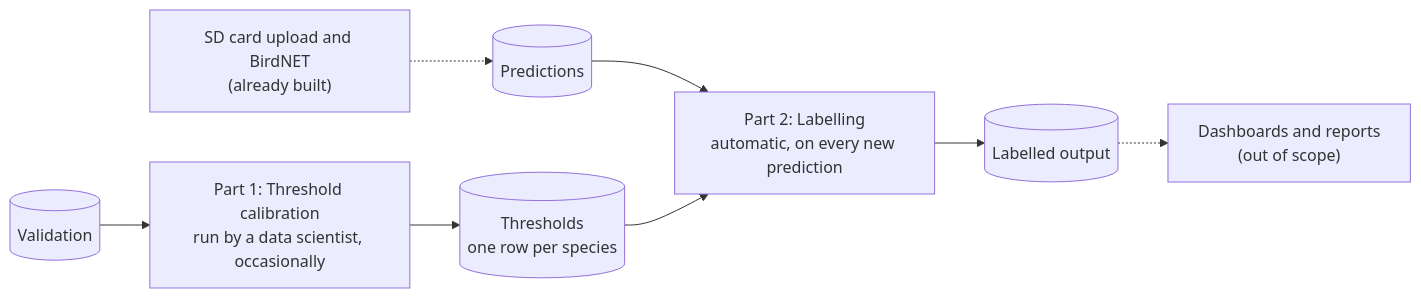
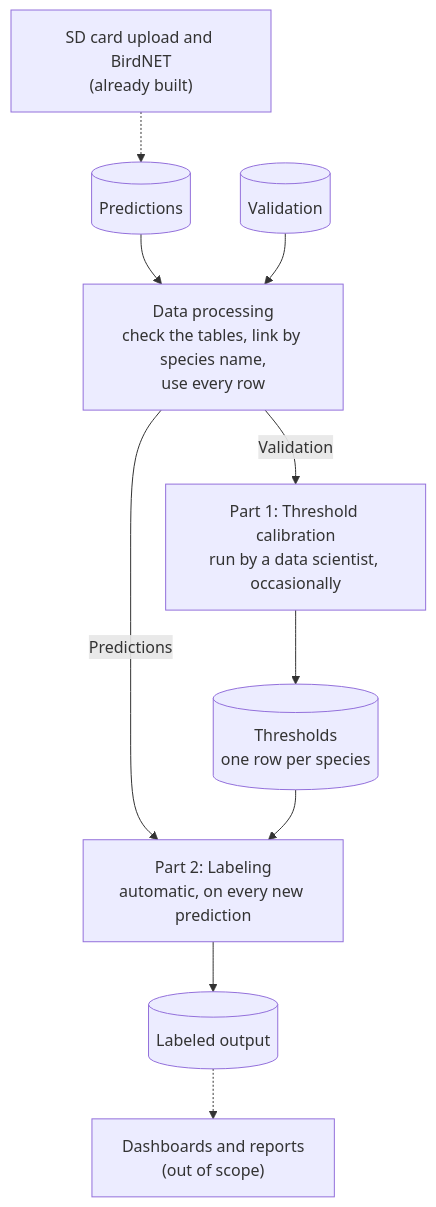
One commit to srcohen/NS_SDS_TakeHomeProject_SCohen changed the first of 2 diagrams in Data_Birds/Tech_Requirements.md. Above: the diagram before and after it, drawn with Mermaid. The commit also changed other lines of this file, not shown here.

Commit message:
Add inputs, data quality checks and data processing to Tech_Requirements; update diagrams

````diff
--- a/Data_Birds/Tech_Requirements.md
+++ b/Data_Birds/Tech_Requirements.md
@@ -51,19 +51,22 @@
 ```mermaid
-flowchart LR
+flowchart TD
     U["SD card upload and BirdNET<br/>(already built)"]
     P[("Predictions")]
     V[("Validation")]
+    DP["Data processing<br/>check the tables, link by species name,<br/>use every row"]
     P1["Part 1: Threshold calibration<br/>run by a data scientist, occasionally"]
     T[("Thresholds<br/>one row per species")]
-    P2["Part 2: Labelling<br/>automatic, on every new prediction"]
-    L[("Labelled output")]
+    P2["Part 2: Labeling<br/>automatic, on every new prediction"]
+    L[("Labeled output")]
     D["Dashboards and reports<br/>(out of scope)"]
 
     U -.-> P
-    V --> P1
+    P --> DP
+    V --> DP
+    DP -->|Validation| P1
+    DP -->|Predictions| P2
     P1 --> T
-    P --> P2
     T --> P2
     P2 --> L
     L -.-> D
 ```
````
